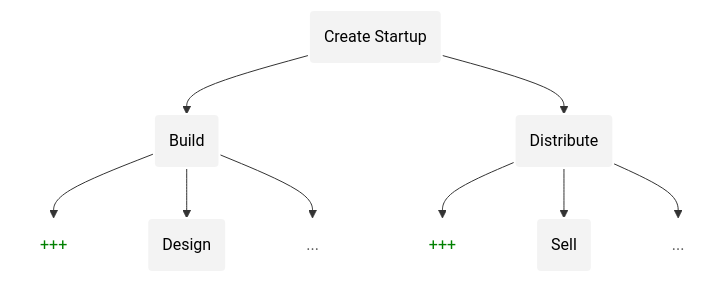
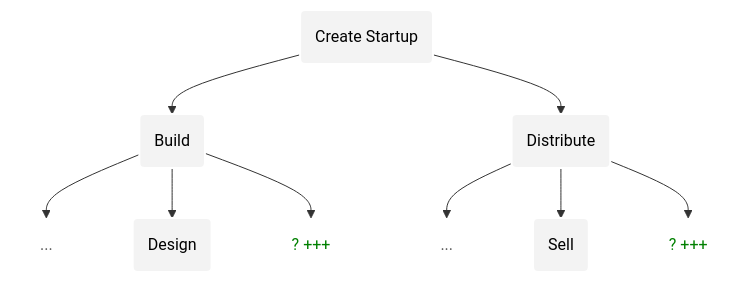
One commit to root-foundation/root changed the second of 3 diagrams in Convergence.md. Above: the diagram before and after it, drawn with Mermaid. The commit also changed other lines of this file and 1 other file, not shown here.

````diff
--- a/Convergence.md
+++ b/Convergence.md
@@ -98,39 +98,38 @@
 ```mermaid
 flowchart TD
     %% Main nodes with curved (stadium) edges
     Startup("Create Startup")
     Build("Build")
     Distribute("Distribute")
     Design("Design")
     Sell("Sell")
 
     %% Dimmed placeholder nodes
     BuildEtc["..."]
     DistEtc["..."]
 
     %% New placeholder
-    BuildNew["+++"]
-    DistributeNew["+++"]
+    BuildNew["? +++"]
+    DistributeNew["? +++"]
 
     %% Connections
     Startup --> Build
     Startup --> Distribute
 
+    Build --> BuildEtc
+    Build --> Design
     Build --> BuildNew
-    Build --> Design
-    Build --> BuildEtc
 
-
+    Distribute --> DistEtc
+    Distribute --> Sell
     Distribute --> DistributeNew
-    Distribute --> Sell
-    Distribute --> DistEtc
 
     %% Styling
     classDef mainNode fill:#f3f3f3,stroke:#ffffff,stroke-width:2px,color:#000;
     classDef placeholder fill:transparent,stroke:transparent,color:#555555;
     classDef new fill:transparent,stroke:transparent,color:green;
 
     class Startup,Build,Distribute,Design,BuildSystem,UseFigma,Sell,CreatePipeline,UseSalesforce mainNode;
     class BuildEtc,DesignEtc,BuildSysEtc,DistEtc,SellEtc,PipelineEtc placeholder;
     class BuildNew,DistributeNew new;
 ```
````
